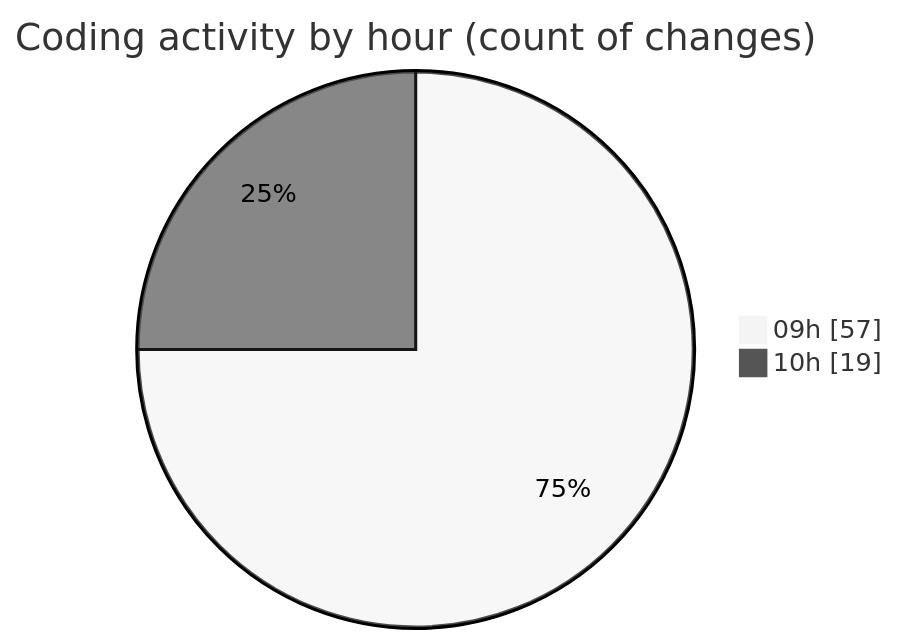
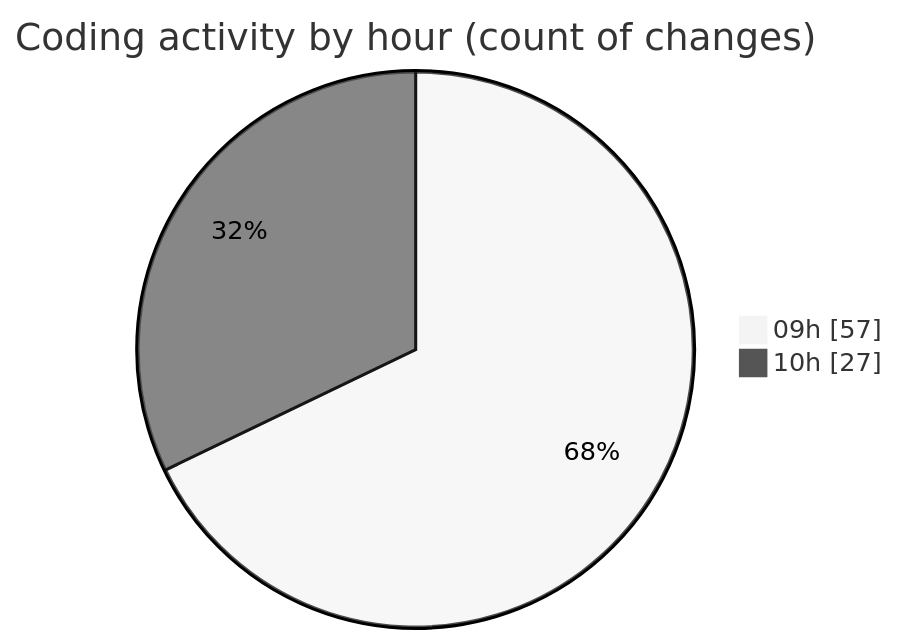
One commit to momahboobian/code-tracking changed the second of 2 diagrams in 2025-09-19/cda/README.md. Above: the diagram before and after it, drawn with Mermaid (neutral theme). The commit also changed other lines of this file and 1 other file, not shown here.

````diff
--- a/2025-09-19/cda/README.md
+++ b/2025-09-19/cda/README.md
@@ -30,6 +30,6 @@
 ```mermaid
 pie showData
 title Coding activity by hour (count of changes)
 "09h" : 57
-"10h" : 19
+"10h" : 27
 ```
````
